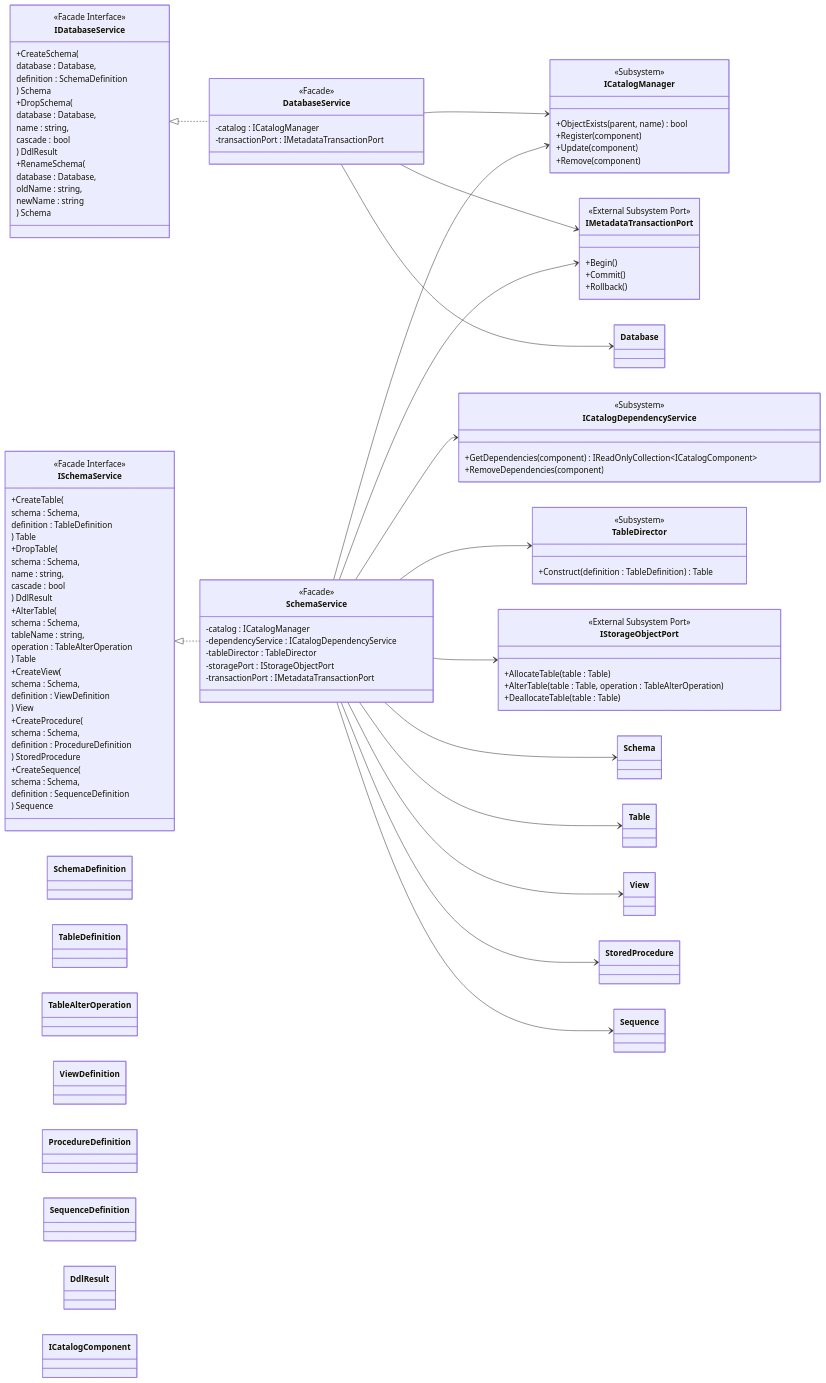
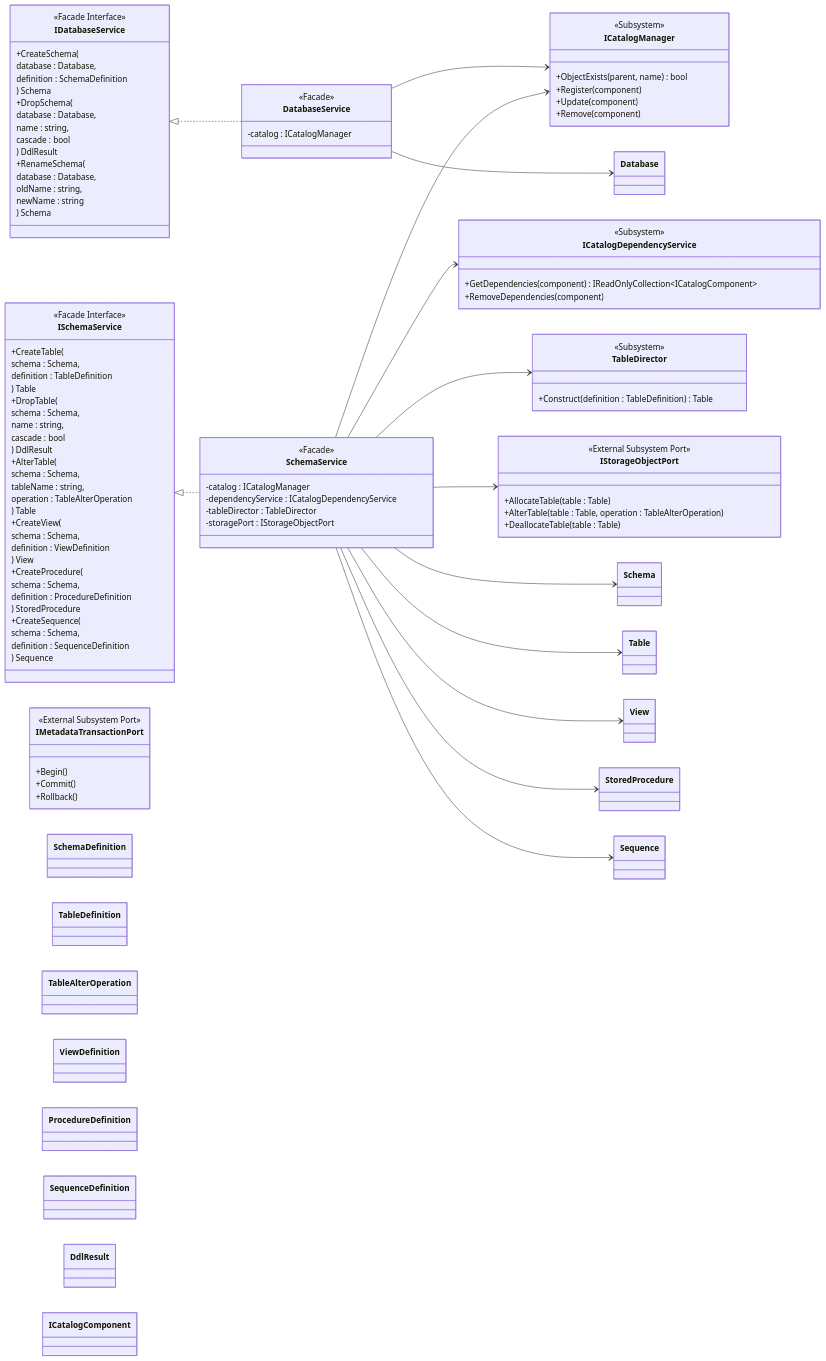
Diagram 28 of 45 in docs/design-patterns/README.md (Hagiakhanh/bbv-dbms), drawn with Mermaid before and after one commit. The commit also changed other lines of this file and 30 other files, not shown here.

```diff
--- a/docs/design-patterns/README.md
+++ b/docs/design-patterns/README.md
@@ -3447,7 +3439,6 @@
     <<Facade>>
 
     -catalog : ICatalogManager
-    -transactionPort : IMetadataTransactionPort
 }
 
 class SchemaService {
@@ -3457,7 +3448,6 @@
     -dependencyService : ICatalogDependencyService
     -tableDirector : TableDirector
     -storagePort : IStorageObjectPort
-    -transactionPort : IMetadataTransactionPort
 }
 
 class ICatalogManager {
@@ -3517,14 +3507,12 @@
 ISchemaService <|.. SchemaService
 
 DatabaseService --> ICatalogManager
-DatabaseService --> IMetadataTransactionPort
 DatabaseService --> Database
 
 SchemaService --> ICatalogManager
 SchemaService --> ICatalogDependencyService
 SchemaService --> TableDirector
 SchemaService --> IStorageObjectPort
-SchemaService --> IMetadataTransactionPort
 
 SchemaService --> Schema
 SchemaService --> Table
```
